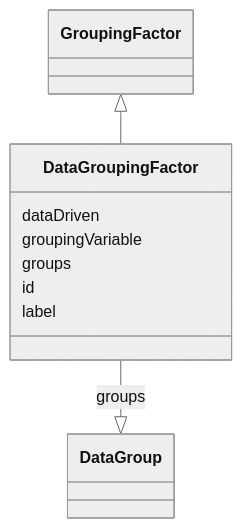
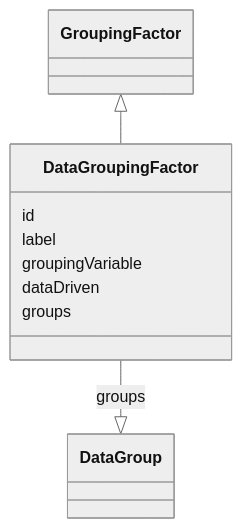
Before and after one commit to cdisc-org/analysis-results-standard: the diagram in project/docs/DataGroupingFactor.md, drawn with Mermaid (neutral theme). The commit also changed other lines of this file and 192 other files, not shown here.

````diff
--- a/project/docs/DataGroupingFactor.md
+++ b/project/docs/DataGroupingFactor.md
@@ -15,19 +13,13 @@
 ```mermaid
  classDiagram
     class DataGroupingFactor
       GroupingFactor <|-- DataGroupingFactor
-      
-      DataGroupingFactor : dataDriven
+
+      DataGroupingFactor : id
+        DataGroupingFactor : label
+        DataGroupingFactor : groupingVariable
+        DataGroupingFactor : dataDriven
+        DataGroupingFactor : groups
+        DataGroupingFactor --|> DataGroup : groups
         
-      DataGroupingFactor : groupingVariable
-        
-      DataGroupingFactor : groups
-        
-          DataGroupingFactor --|> DataGroup : groups
-        
-      DataGroupingFactor : id
-        
-      DataGroupingFactor : label
-        
-      
 ```
````
